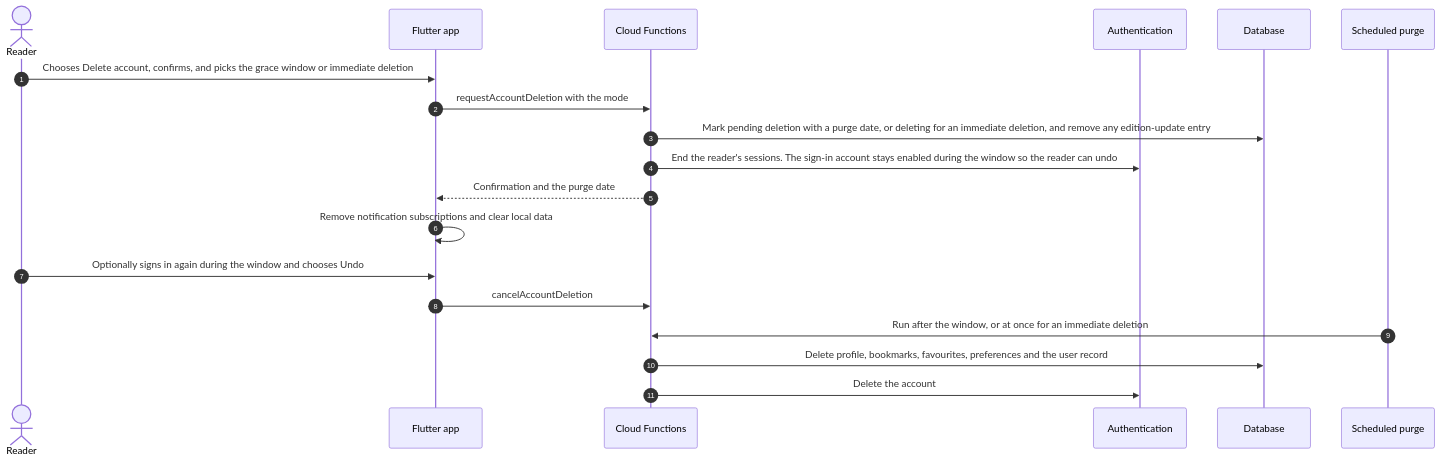
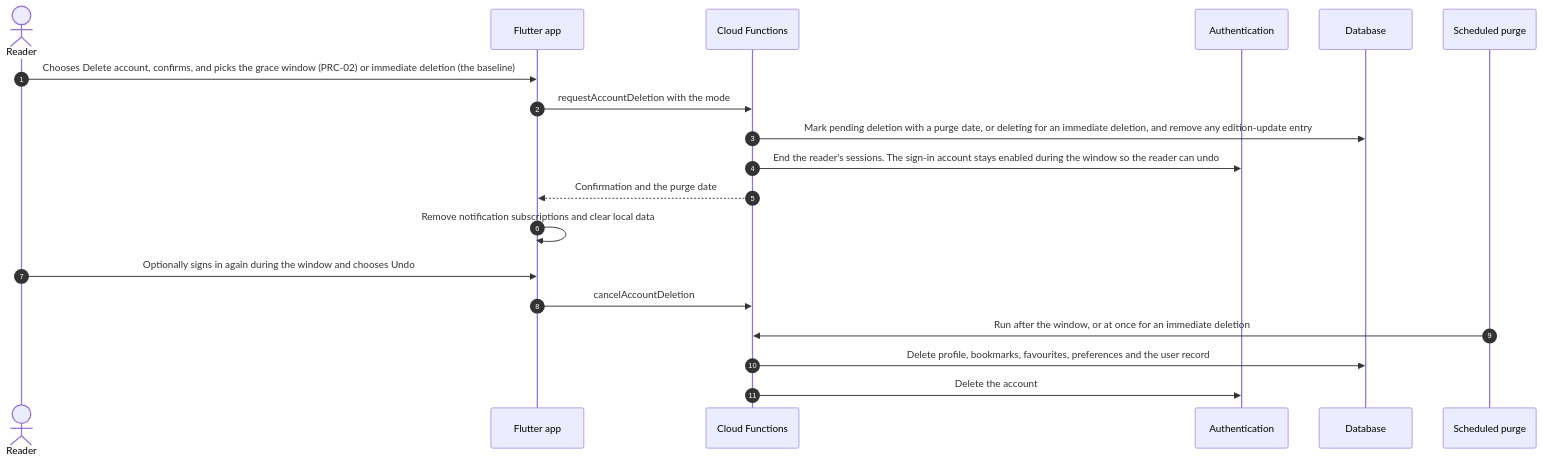
Before and after one commit to sanikaattarde/Metal-Forming-World-MFW-: the ninth of 12 diagrams in Documentation/SYSTEM_ARCHITECTURE.md, drawn with Mermaid. The commit also changed other lines of this file and 26 other files, not shown here.

````diff
--- a/Documentation/SYSTEM_ARCHITECTURE.md
+++ b/Documentation/SYSTEM_ARCHITECTURE.md
@@ -939,21 +945,21 @@
 ```mermaid
 sequenceDiagram
   autonumber
   actor R as Reader
   participant App as Flutter app
   participant Fn as Cloud Functions
   participant Auth as Authentication
   participant DB as Database
   participant Job as Scheduled purge
-  R->>App: Chooses Delete account, confirms, and picks the grace window or immediate deletion
+  R->>App: Chooses Delete account, confirms, and picks the grace window (PRC-02) or immediate deletion (the baseline)
   App->>Fn: requestAccountDeletion with the mode
   Fn->>DB: Mark pending deletion with a purge date, or deleting for an immediate deletion, and remove any edition-update entry
   Fn->>Auth: End the reader's sessions. The sign-in account stays enabled during the window so the reader can undo
   Fn-->>App: Confirmation and the purge date
   App->>App: Remove notification subscriptions and clear local data
   R->>App: Optionally signs in again during the window and chooses Undo
   App->>Fn: cancelAccountDeletion
   Job->>Fn: Run after the window, or at once for an immediate deletion
   Fn->>DB: Delete profile, bookmarks, favourites, preferences and the user record
   Fn->>Auth: Delete the account
 ```
````
